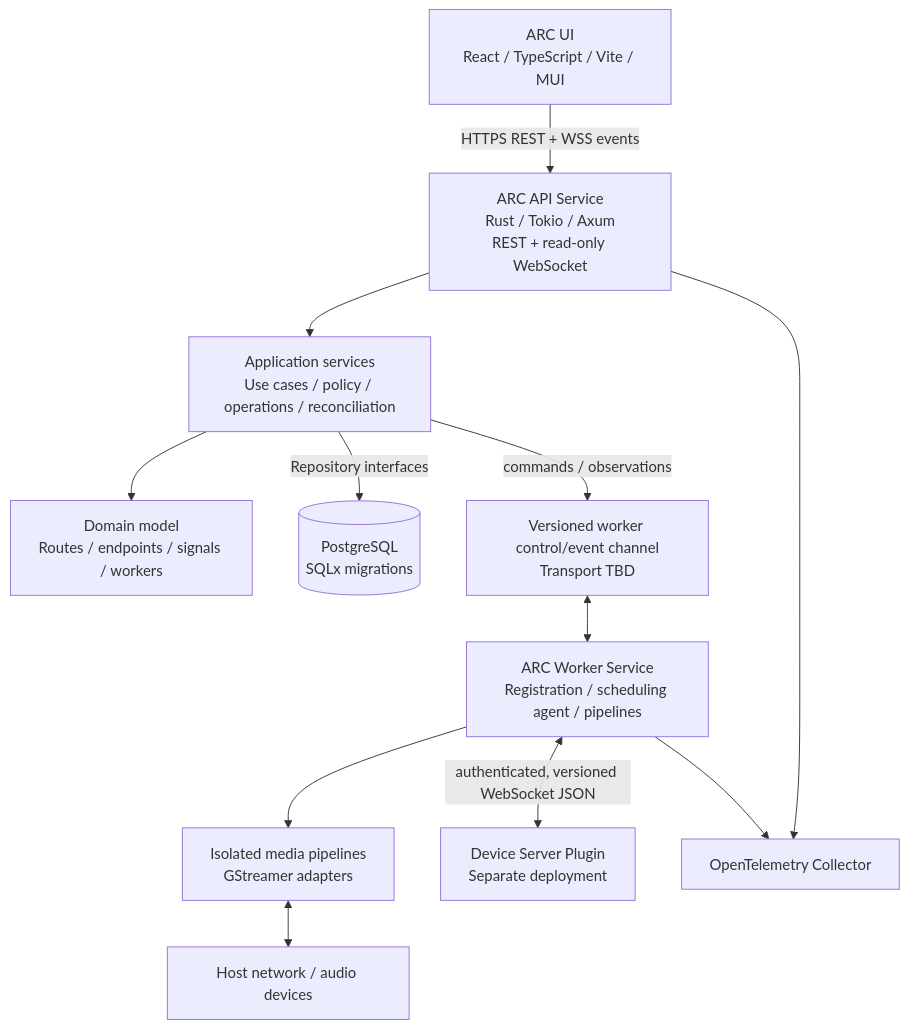
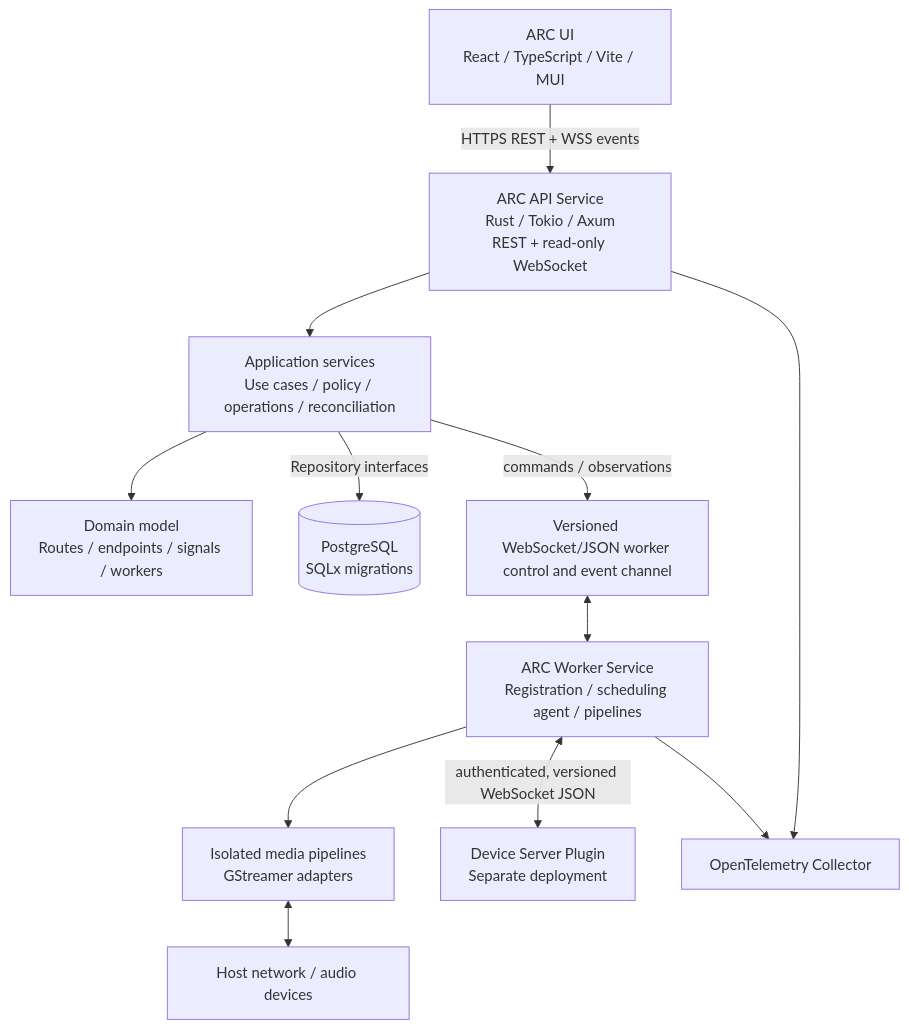
Before and after one commit to asalive1/ARC: the diagram in docs/c4-container.md, drawn with Mermaid. The commit also changed other lines of this file and 22 other files, not shown here.

````diff
--- a/docs/c4-container.md
+++ b/docs/c4-container.md
@@ -5,26 +5,26 @@
 ```mermaid
 flowchart TB
     UI["ARC UI<br/>React / TypeScript / Vite / MUI"]
     API["ARC API Service<br/>Rust / Tokio / Axum<br/>REST + read-only WebSocket"]
     APP["Application services<br/>Use cases / policy / operations / reconciliation"]
     DOMAIN["Domain model<br/>Routes / endpoints / signals / workers"]
     DB[("PostgreSQL<br/>SQLx migrations")]
-    BUS["Versioned worker control/event channel<br/>Transport TBD"]
+    BUS["Versioned WebSocket/JSON worker control and event channel"]
     WORKER["ARC Worker Service<br/>Registration / scheduling agent / pipelines"]
     MEDIA["Isolated media pipelines<br/>GStreamer adapters"]
     IFACE["Host network / audio devices"]
     DEVICE["Device Server Plugin<br/>Separate deployment"]
     OTEL["OpenTelemetry Collector"]
 
     UI -->|"HTTPS REST + WSS events"| API
     API --> APP
     APP --> DOMAIN
     APP -->|"Repository interfaces"| DB
     APP -->|"commands / observations"| BUS
     BUS <--> WORKER
     WORKER --> MEDIA
     MEDIA <--> IFACE
     WORKER <-->|"authenticated, versioned WebSocket JSON"| DEVICE
     API --> OTEL
     WORKER --> OTEL
 ```
````
